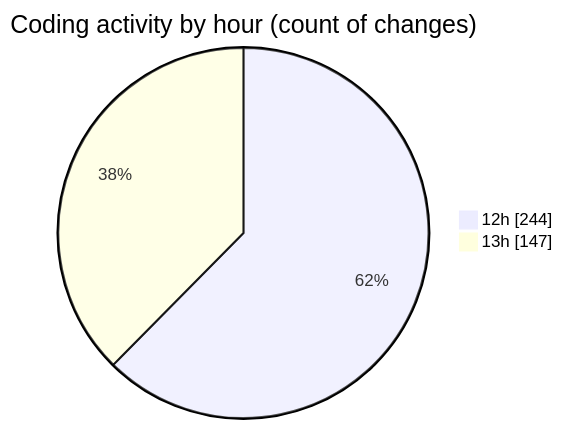
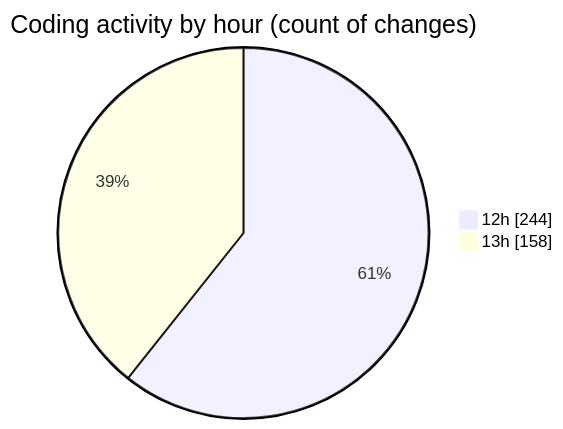
The second of 2 diagrams in repositories/2024-12-26/leetcode-solutions/README.md (ernivani/code-tracking), drawn with Mermaid before and after one commit. The commit also changed other lines of this file and 2 other files, not shown here.

````diff
--- a/repositories/2024-12-26/leetcode-solutions/README.md
+++ b/repositories/2024-12-26/leetcode-solutions/README.md
@@ -52,6 +56,6 @@
 ```mermaid
 pie showData
 title Coding activity by hour (count of changes)
 "12h" : 244
-"13h" : 147
+"13h" : 158
 ```
````
